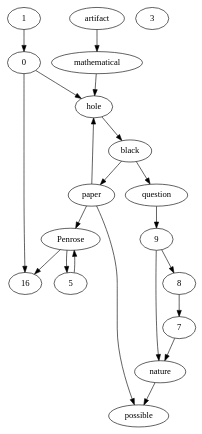
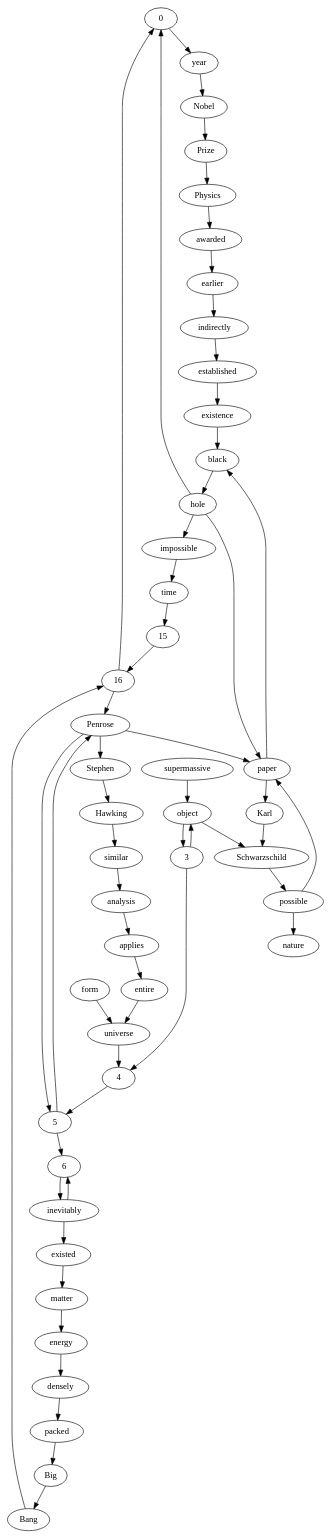
Before and after one commit to ptarau/StanzaGraphs: the diagram in textstar/final_pic.gv, drawn with Graphviz. The commit also changed 4 other files, not shown here.

```diff
--- a/textstar/final_pic.gv
+++ b/textstar/final_pic.gv
@@ -1,23 +1,56 @@
 strict digraph "" {
-	0 -> 16;
-	0 -> hole;
-	hole -> black;
-	black -> paper;
-	black -> question;
-	1 -> 0;
-	mathematical -> hole;
-	Penrose -> 16;
+	0 -> year;
+	16 -> 0;
+	16 -> Penrose;
+	year -> Nobel;
+	hole -> 0;
+	hole -> paper;
+	hole -> impossible;
+	Nobel -> Prize;
+	Prize -> Physics;
+	Physics -> awarded;
+	awarded -> earlier;
+	earlier -> indirectly;
+	indirectly -> established;
+	established -> existence;
+	existence -> black;
+	black -> hole;
+	Penrose -> paper;
 	Penrose -> 5;
-	paper -> hole;
-	paper -> Penrose;
-	paper -> possible;
-	3;
-	question -> 9;
-	artifact -> mathematical;
+	Penrose -> Stephen;
+	paper -> black;
+	paper -> Karl;
+	object -> 3;
+	object -> Schwarzschild;
+	3 -> object;
+	3 -> 4;
+	supermassive -> object;
+	4 -> 5;
+	universe -> 4;
+	form -> universe;
 	5 -> Penrose;
-	7 -> nature;
-	nature -> possible;
-	8 -> 7;
-	9 -> nature;
-	9 -> 8;
+	5 -> 6;
+	6 -> inevitably;
+	inevitably -> 6;
+	inevitably -> existed;
+	Schwarzschild -> possible;
+	Karl -> Schwarzschild;
+	possible -> paper;
+	possible -> nature;
+	time -> 15;
+	15 -> 16;
+	impossible -> time;
+	Bang -> 16;
+	Stephen -> Hawking;
+	Hawking -> similar;
+	similar -> analysis;
+	analysis -> applies;
+	applies -> entire;
+	entire -> universe;
+	existed -> matter;
+	matter -> energy;
+	energy -> densely;
+	densely -> packed;
+	packed -> Big;
+	Big -> Bang;
 }
```
